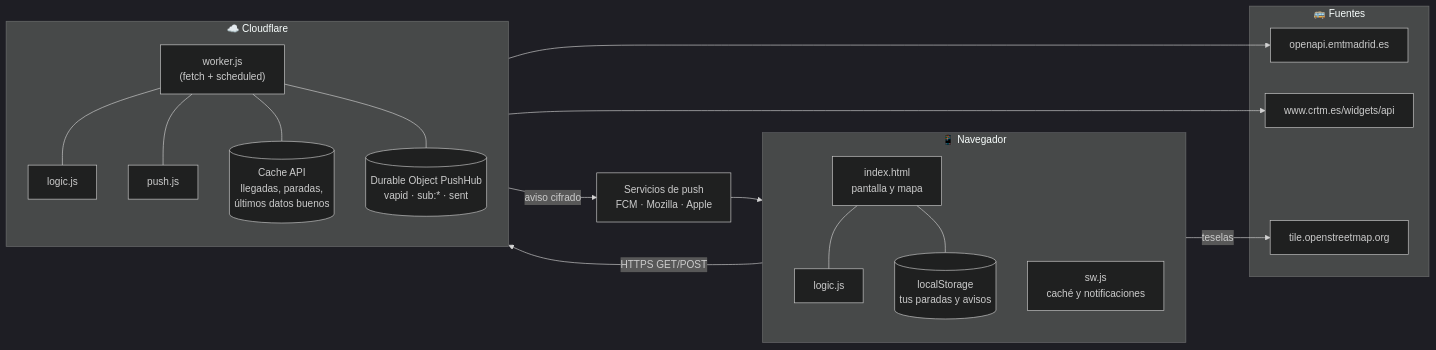
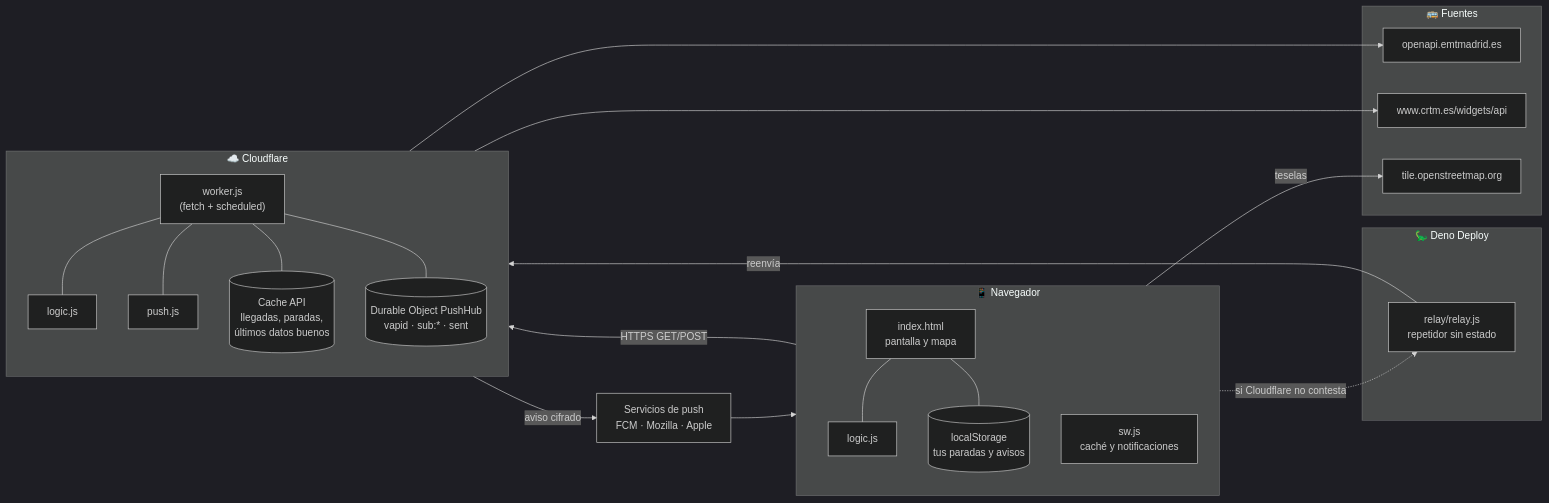
Before and after one commit to serbenda/marquesina: the second of 32 diagrams in docs/REFERENCIA.md, drawn with Mermaid (dark theme). The commit also changed other lines of this file and 13 other files, not shown here.

````diff
--- a/docs/REFERENCIA.md
+++ b/docs/REFERENCIA.md
@@ -47,40 +47,46 @@
 ```mermaid
 flowchart LR
   subgraph Navegador["📱 Navegador"]
     direction TB
     UI["index.html<br/>pantalla y mapa"]
     LG1["logic.js"]
     LS[("localStorage<br/>tus paradas y avisos")]
     SW["sw.js<br/>caché y notificaciones"]
     UI --- LG1
     UI --- LS
   end
 
   subgraph Cloudflare["☁️ Cloudflare"]
     direction TB
     WK["worker.js<br/>(fetch + scheduled)"]
     LG2["logic.js"]
     PS["push.js"]
     CA[("Cache API<br/>llegadas, paradas,<br/>últimos datos buenos")]
     DO[("Durable Object PushHub<br/>vapid · sub:* · sent")]
     WK --- LG2
     WK --- PS
     WK --- CA
     WK --- DO
   end
 
   subgraph Fuentes["🚌 Fuentes"]
     EMT["openapi.emtmadrid.es"]
     CRTM["www.crtm.es/widgets/api"]
     OSM["tile.openstreetmap.org"]
   end
 
   PUSHS["Servicios de push<br/>FCM · Mozilla · Apple"]
 
+  subgraph Deno["🦕 Deno Deploy"]
+    RL["relay/relay.js<br/>repetidor sin estado"]
+  end
+
   UI -- "HTTPS GET/POST" --> WK
+  UI -. "si Cloudflare no contesta" .-> RL
+  RL -- "reenvía" --> WK
   UI -- "teselas" --> OSM
   WK --> EMT
   WK --> CRTM
   WK -- "aviso cifrado" --> PUSHS
   PUSHS --> SW
 ```
````
